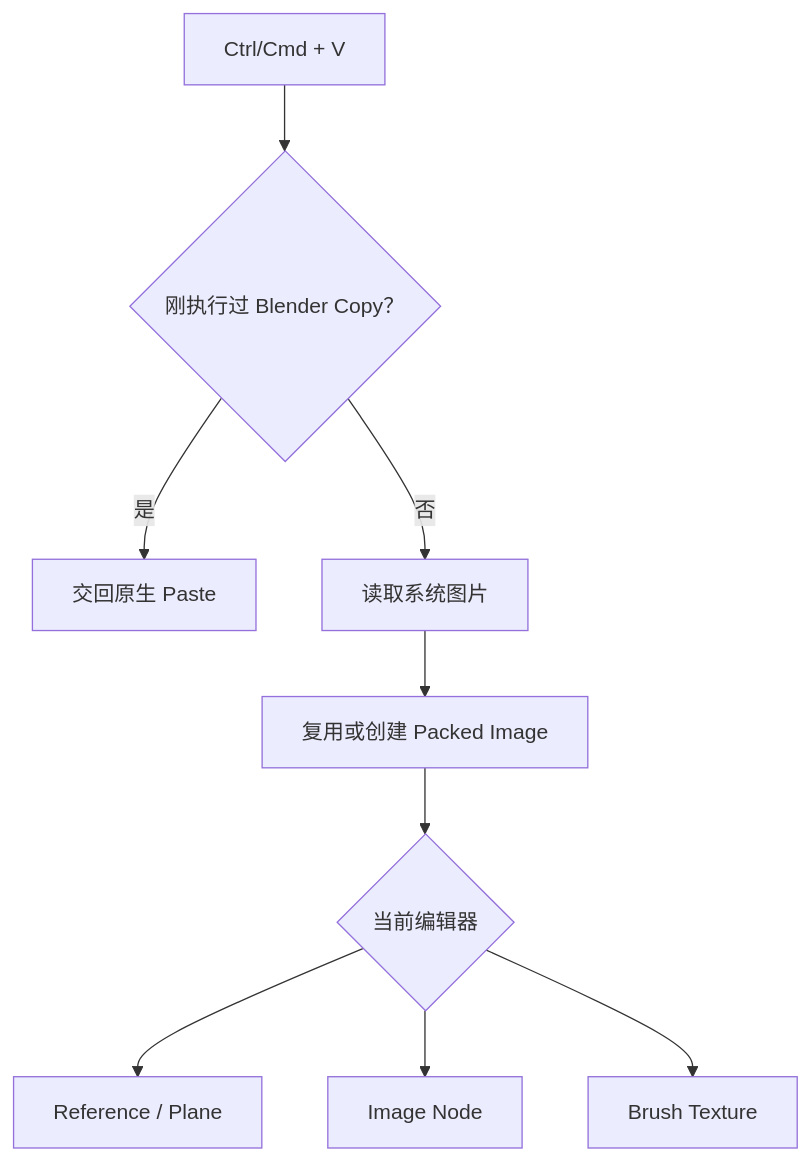
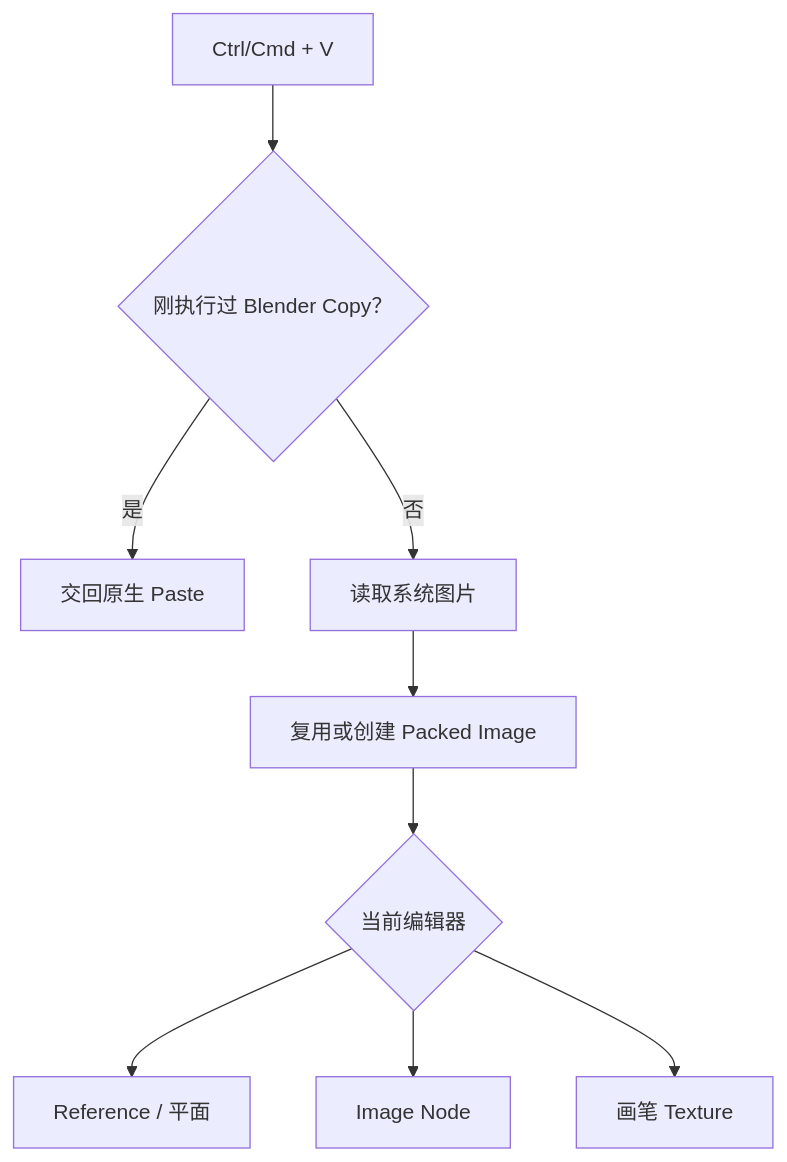
Before and after one commit to OmooLab/AnyImage: the diagram in docs/develop/operators/clipboard-image.md, drawn with Mermaid. The commit also changed other lines of this file and 56 other files, not shown here.

````diff
--- a/docs/develop/operators/clipboard-image.md
+++ b/docs/develop/operators/clipboard-image.md
@@ -7,11 +7,11 @@
 ```mermaid
 flowchart TD
     Paste["Ctrl/Cmd + V"] --> Priority{"刚执行过 Blender Copy？"}
     Priority -- "是" --> Native["交回原生 Paste"]
     Priority -- "否" --> Read["读取系统图片"]
     Read --> Image["复用或创建 Packed Image"]
     Image --> Target{"当前编辑器"}
-    Target --> View["Reference / Plane"]
+    Target --> View["Reference / 平面"]
     Target --> Node["Image Node"]
-    Target --> Paint["Brush Texture"]
+    Target --> Paint["画笔 Texture"]
 ```
````
